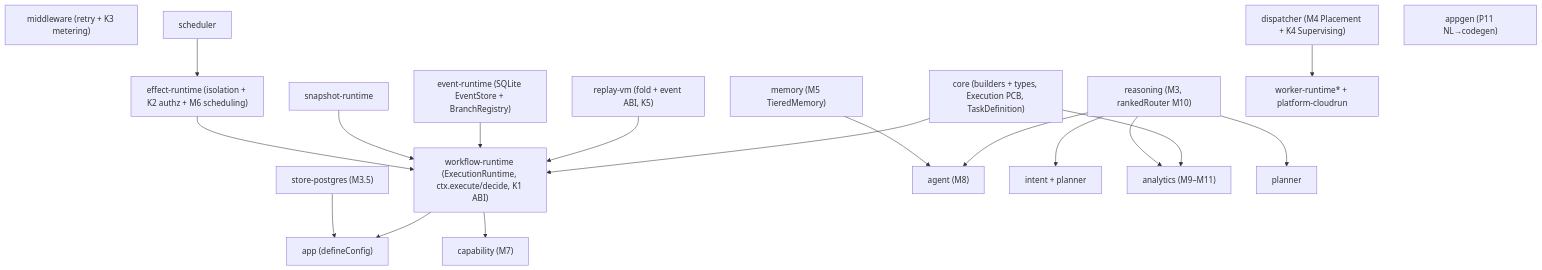
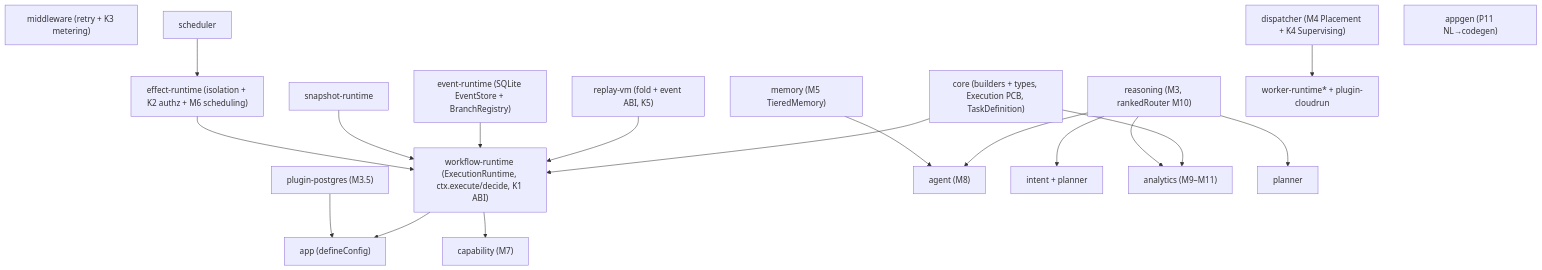
Before and after one commit to chhetrisushil/loom: the fifth of 5 diagrams in docs/loom-2.0/00-overview.md, drawn with Mermaid. The commit also changed other lines of this file and 15 other files, not shown here.

````diff
--- a/docs/loom-2.0/00-overview.md
+++ b/docs/loom-2.0/00-overview.md
@@ -232,39 +232,39 @@
 ```mermaid
 flowchart TB
   core["core (builders + types, Execution PCB, TaskDefinition)"]
   replay["replay-vm (fold + event ABI, K5)"]
   events["event-runtime (SQLite EventStore + BranchRegistry)"]
   snap["snapshot-runtime"]
-  pg["store-postgres (M3.5)"]
+  pg["plugin-postgres (M3.5)"]
   effects["effect-runtime (isolation + K2 authz + M6 scheduling)"]
   mw["middleware (retry + K3 metering)"]
   wrt["workflow-runtime (ExecutionRuntime, ctx.execute/decide, K1 ABI)"]
   sched["scheduler"]
   app["app (defineConfig)"]
   reason["reasoning (M3, rankedRouter M10)"]
   mem["memory (M5 TieredMemory)"]
   disp["dispatcher (M4 Placement + K4 Supervising)"]
-  workers["worker-runtime* + platform-cloudrun"]
+  workers["worker-runtime* + plugin-cloudrun"]
   cap["capability (M7)"]
   agent["agent (M8)"]
   intent["intent + planner"]
   analytics["analytics (M9–M11)"]
   appgen["appgen (P11 NL→codegen)"]
 
   core --> wrt
   replay --> wrt
   events --> wrt
   snap --> wrt
   effects --> wrt
   sched --> effects
   wrt --> app
   pg --> app
   reason --> intent
   reason --> planner
   reason --> agent
   mem --> agent
   wrt --> cap
   disp --> workers
   core --> analytics
   reason --> analytics
 ```
````
